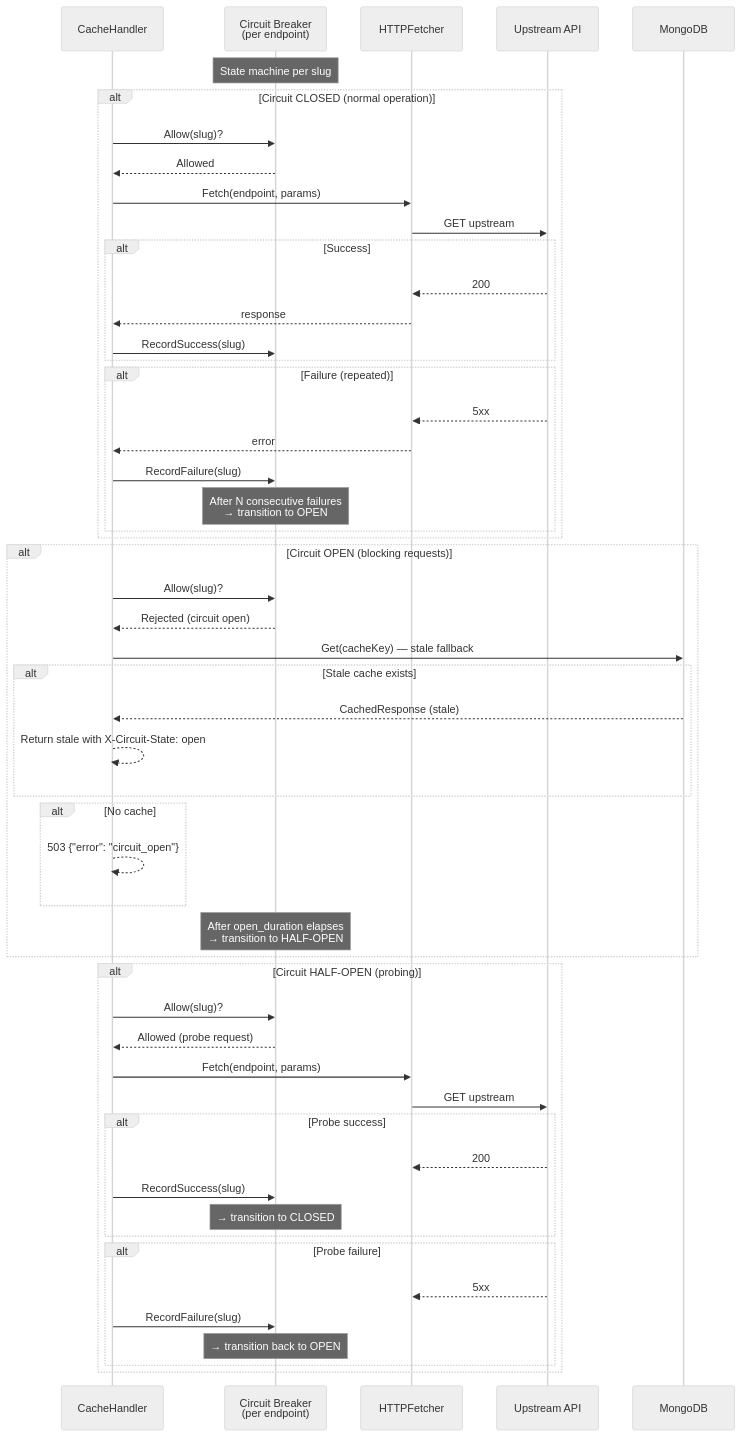
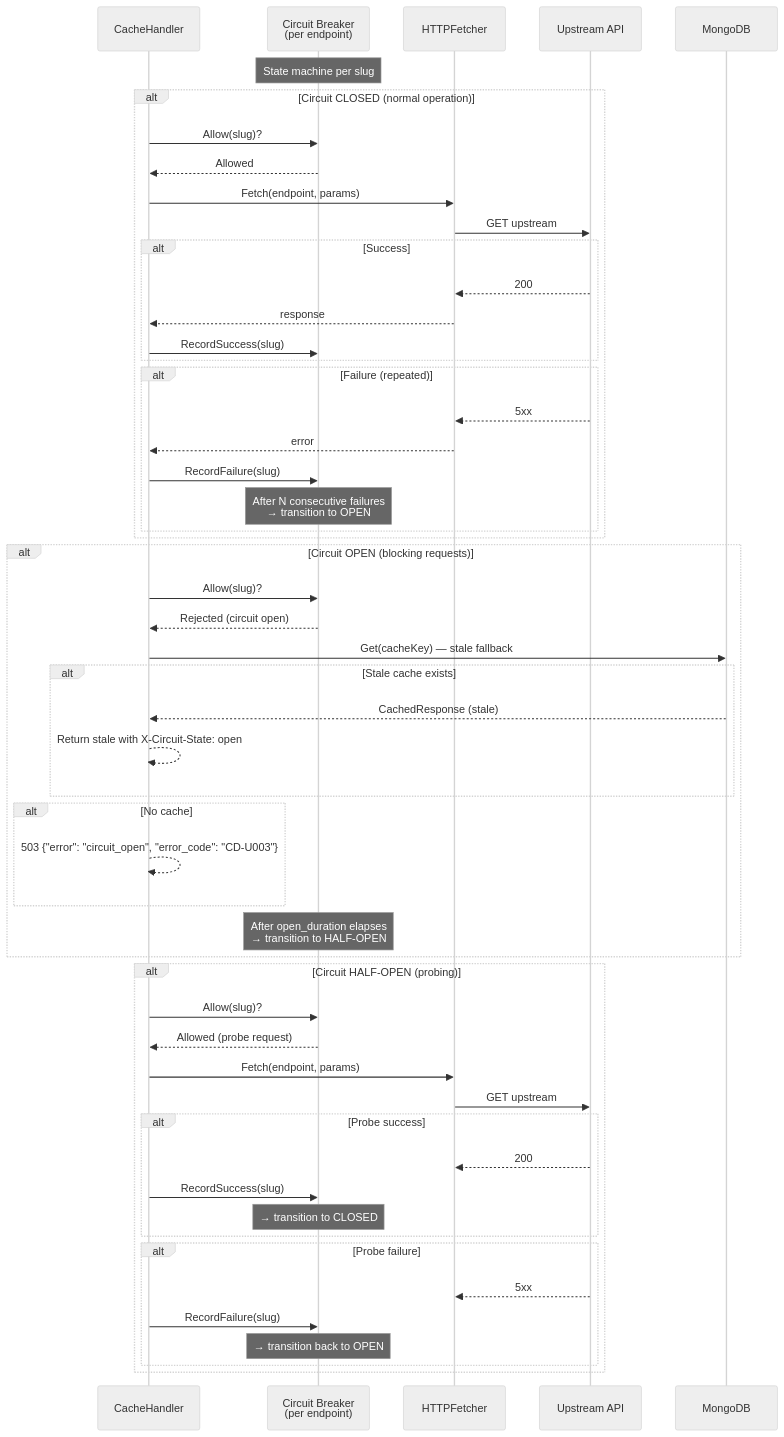
One commit to finish06/cash-drugs changed the fifth of 21 diagrams in docs/sequence-diagram.md. Above: the diagram before and after it, drawn with Mermaid (neutral theme). The commit also changed other lines of this file and 31 other files, not shown here.

````diff
--- a/docs/sequence-diagram.md
+++ b/docs/sequence-diagram.md
@@ -186,59 +201,59 @@
 ```mermaid
 sequenceDiagram
     participant CH as CacheHandler
     participant CB as Circuit Breaker<br/>(per endpoint)
     participant UF as HTTPFetcher
     participant API as Upstream API
     participant DB as MongoDB
 
     Note over CB: State machine per slug
 
     alt Circuit CLOSED (normal operation)
         CH->>CB: Allow(slug)?
         CB-->>CH: Allowed
         CH->>UF: Fetch(endpoint, params)
         UF->>API: GET upstream
         alt Success
             API-->>UF: 200
             UF-->>CH: response
             CH->>CB: RecordSuccess(slug)
         end
         alt Failure (repeated)
             API-->>UF: 5xx
             UF-->>CH: error
             CH->>CB: RecordFailure(slug)
             Note over CB: After N consecutive failures<br/>→ transition to OPEN
         end
     end
 
     alt Circuit OPEN (blocking requests)
         CH->>CB: Allow(slug)?
         CB-->>CH: Rejected (circuit open)
         CH->>DB: Get(cacheKey) — stale fallback
         alt Stale cache exists
             DB-->>CH: CachedResponse (stale)
             CH-->>CH: Return stale with X-Circuit-State: open
         end
         alt No cache
-            CH-->>CH: 503 {"error": "circuit_open"}
+            CH-->>CH: 503 {"error": "circuit_open", "error_code": "CD-U003"}
         end
         Note over CB: After open_duration elapses<br/>→ transition to HALF-OPEN
     end
 
     alt Circuit HALF-OPEN (probing)
         CH->>CB: Allow(slug)?
         CB-->>CH: Allowed (probe request)
         CH->>UF: Fetch(endpoint, params)
         UF->>API: GET upstream
         alt Probe success
             API-->>UF: 200
             CH->>CB: RecordSuccess(slug)
             Note over CB: → transition to CLOSED
         end
         alt Probe failure
             API-->>UF: 5xx
             CH->>CB: RecordFailure(slug)
             Note over CB: → transition back to OPEN
         end
     end
 ```
````
